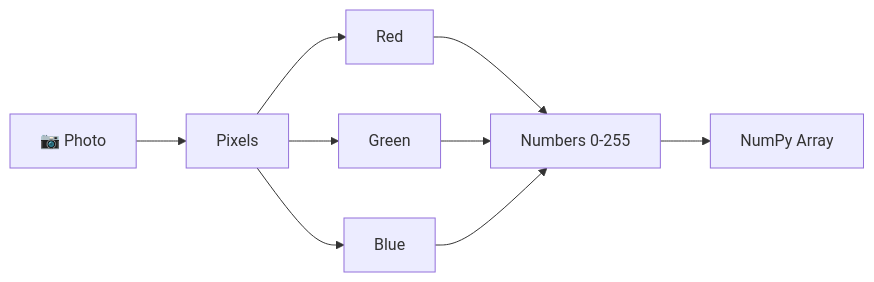
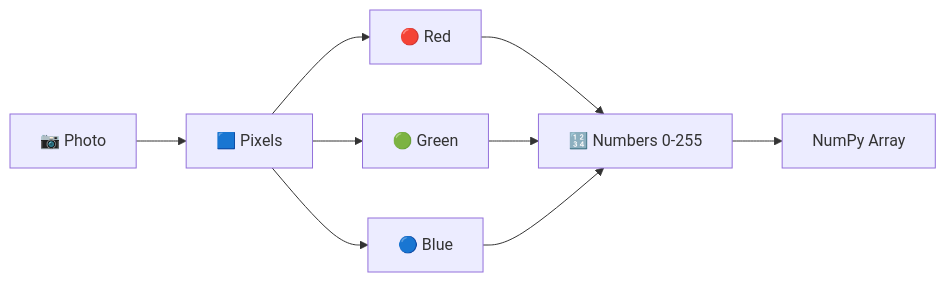
Before and after one commit to Sahal111/Image_Analyzer: the first of 2 diagrams in Readme.md, drawn with Mermaid. The commit also changed other lines of this file, not shown here.

````diff
--- a/Readme.md
+++ b/Readme.md
@@ -47,11 +27,11 @@
 ```mermaid
 flowchart LR
-    A["📷 Photo"] --> B["Pixels"]
-    B --> C["Red"]
-    B --> D["Green"]
-    B --> E["Blue"]
-    C --> F["Numbers 0-255"]
+    A[📷 Photo] --> B[🟦 Pixels]
+    B --> C[🔴 Red]
+    B --> D[🟢 Green]
+    B --> E[🔵 Blue]
+    C --> F[🔢 Numbers 0-255]
     D --> F
     E --> F
-    F --> G["NumPy Array"]
+    F --> G[NumPy Array]
 ```
````
